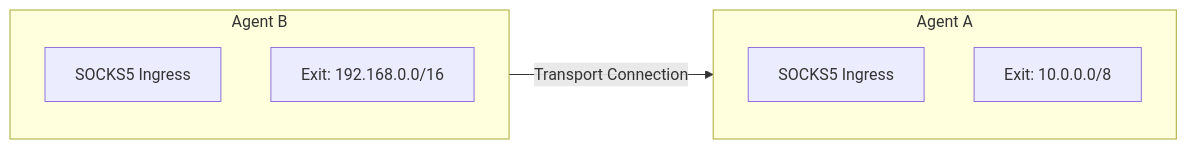
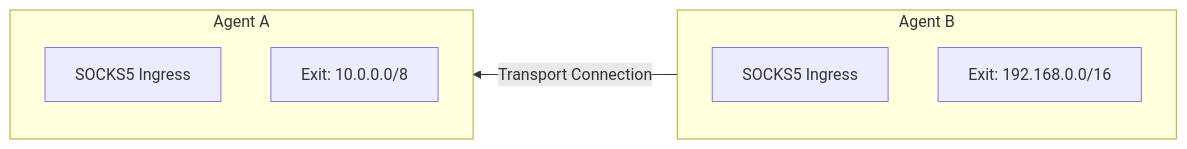
The third of 6 diagrams in docs/docs/concepts/architecture.md (postalsys/Muti-Metroo), drawn with Mermaid before and after one commit. The commit also changed 4 other files, not shown here.

First line of the commit message:
docs: add dark mode support for tunnel diagrams and misc fixes

````diff
--- a/docs/docs/concepts/architecture.md
+++ b/docs/docs/concepts/architecture.md
@@ -145,12 +145,12 @@
 ```mermaid
-flowchart LR
+flowchart RL
+    subgraph B[Agent B]
+        B_SOCKS[SOCKS5 Ingress]
+        B_Exit[Exit: 192.168.0.0/16]
+    end
     subgraph A[Agent A]
         A_SOCKS[SOCKS5 Ingress]
         A_Exit[Exit: 10.0.0.0/8]
     end
-    subgraph B[Agent B]
-        B_SOCKS[SOCKS5 Ingress]
-        B_Exit[Exit: 192.168.0.0/16]
-    end
     B -->|Transport Connection| A
 ```
````
